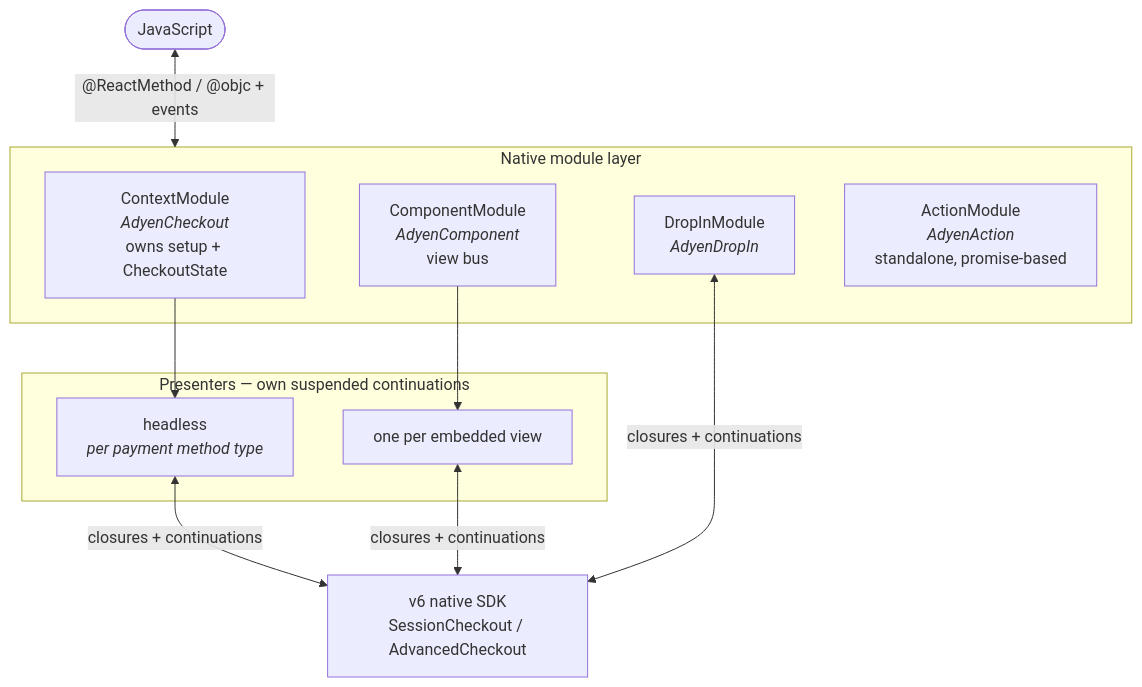
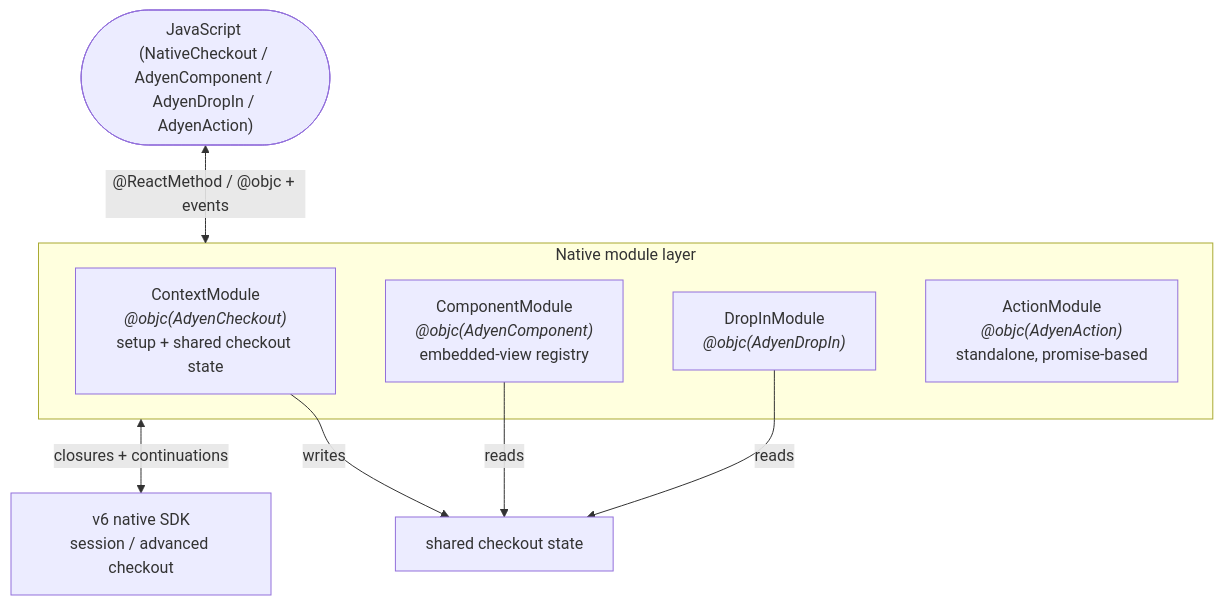
The first of 5 diagrams in docs/native-architecture.md (Adyen/adyen-react-native), drawn with Mermaid before and after one commit. The commit also changed other lines of this file and 2 other files, not shown here.

First line of the commit message:
docs: rewrite canonical architecture set for current v6 implementation

````diff
--- a/docs/native-architecture.md
+++ b/docs/native-architecture.md
@@ -9,23 +12,19 @@
 ```mermaid
 flowchart TB
-  JS(["JavaScript"])
+  JS(["JavaScript (NativeCheckout / AdyenComponent / AdyenDropIn / AdyenAction)"])
 
   subgraph N["Native module layer"]
-    CTX["ContextModule<br/><i>AdyenCheckout</i><br/>owns setup + CheckoutState"]
-    DIM["DropInModule<br/><i>AdyenDropIn</i>"]
-    CPM["ComponentModule<br/><i>AdyenComponent</i><br/>view bus"]
-    ACT["ActionModule<br/><i>AdyenAction</i><br/>standalone, promise-based"]
+    CTX["ContextModule<br/><i>@objc(AdyenCheckout)</i><br/>setup + shared checkout state"]
+    CPM["ComponentModule<br/><i>@objc(AdyenComponent)</i><br/>embedded-view registry"]
+    DIM["DropInModule<br/><i>@objc(AdyenDropIn)</i>"]
+    ACT["ActionModule<br/><i>@objc(AdyenAction)</i><br/>standalone, promise-based"]
   end
 
-  subgraph P["Presenters — own suspended continuations"]
-    HP["headless<br/><i>per payment method type</i>"]
-    VP["one per embedded view"]
-  end
-
-  SDK["v6 native SDK<br/>SessionCheckout / AdvancedCheckout"]
+  SDK["v6 native SDK<br/>session / advanced checkout"]
 
   JS <-->|"@ReactMethod / @objc + events"| N
-  CTX --> HP
-  CPM --> VP
-  HP & VP & DIM <-->|"closures + continuations"| SDK
+  CTX -->|writes| STATE["shared checkout state"]
+  CPM -->|reads| STATE
+  DIM -->|reads| STATE
+  N <-->|"closures + continuations"| SDK
 ```
````
